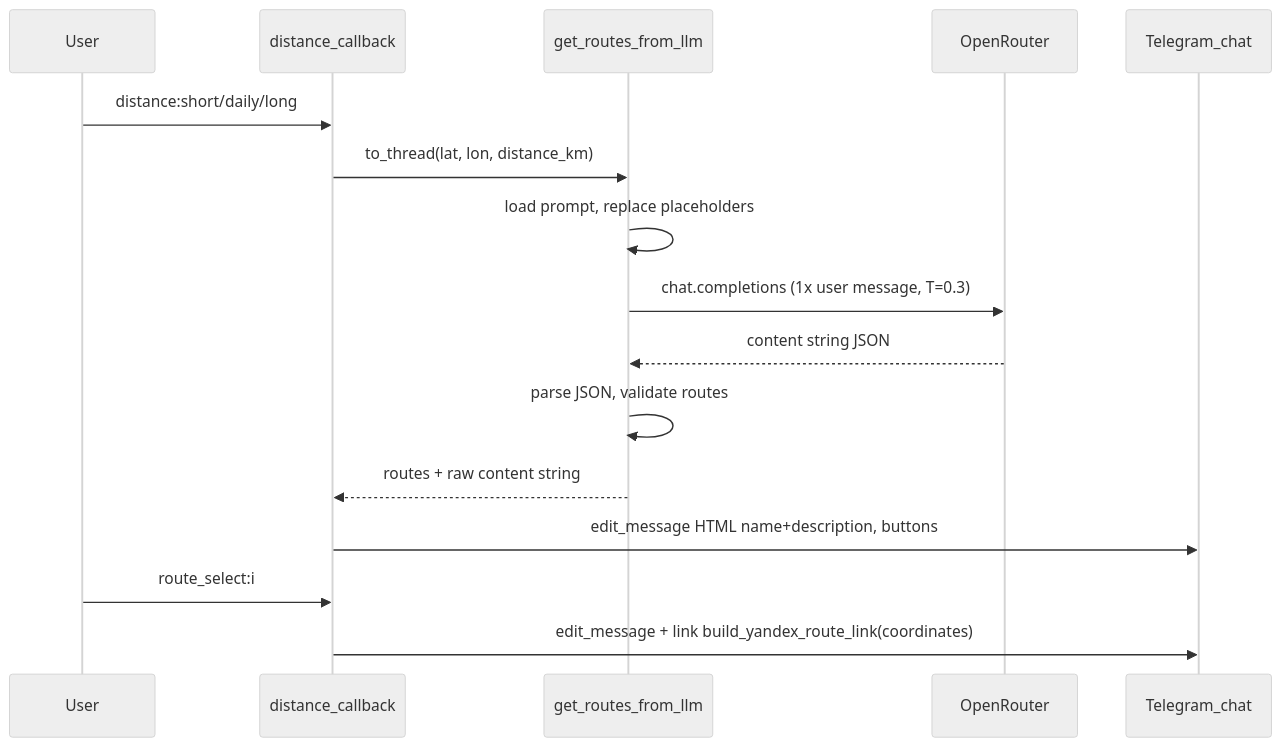
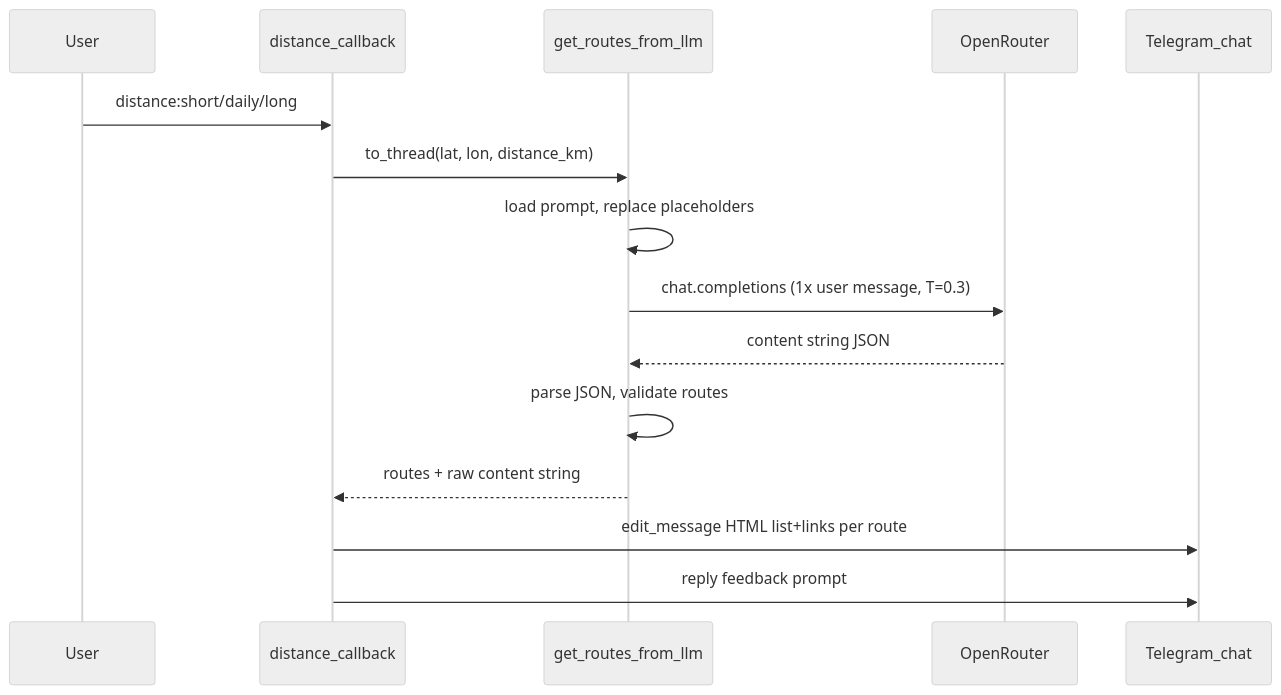
One commit to Palavasik/ProjectUnicorn changed the diagram in docs/architecture/sequence_llm.md. Above: the diagram before and after it, drawn with Mermaid (neutral theme). The commit also changed other lines of this file and 9 other files, not shown here.

````diff
--- a/docs/architecture/sequence_llm.md
+++ b/docs/architecture/sequence_llm.md
@@ -129,19 +125,18 @@
 ```mermaid
 sequenceDiagram
     participant U as User
     participant H as distance_callback
     participant LLM as get_routes_from_llm
     participant OR as OpenRouter
     participant T as Telegram_chat
 
     U->>H: distance:short/daily/long
     H->>LLM: to_thread(lat, lon, distance_km)
     LLM->>LLM: load prompt, replace placeholders
     LLM->>OR: chat.completions (1x user message, T=0.3)
     OR-->>LLM: content string JSON
     LLM->>LLM: parse JSON, validate routes
     LLM-->>H: routes + raw content string
-    H->>T: edit_message HTML name+description, buttons
-    U->>H: route_select:i
-    H->>T: edit_message + link build_yandex_route_link(coordinates)
+    H->>T: edit_message HTML list+links per route
+    H->>T: reply feedback prompt
 ```
````
